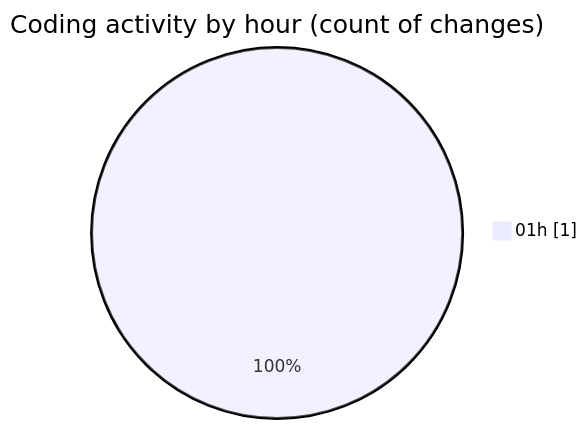
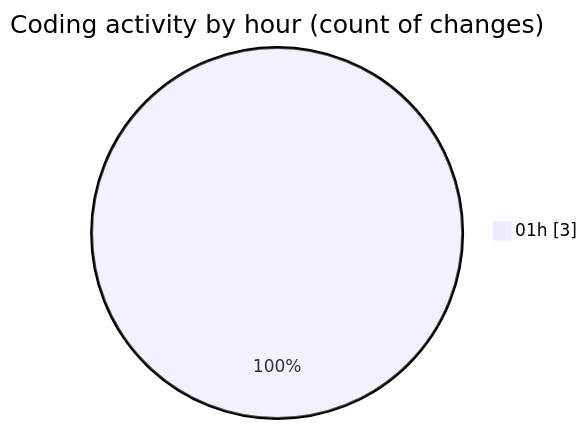
The second of 2 diagrams in 2026-07-08/shibass-ai/README.md (shibass792/code-tracking), drawn with Mermaid before and after one commit. The commit also changed other lines of this file and 1 other file, not shown here.

````diff
--- a/2026-07-08/shibass-ai/README.md
+++ b/2026-07-08/shibass-ai/README.md
@@ -28,5 +30,5 @@
 ```mermaid
 pie showData
 title Coding activity by hour (count of changes)
-"01h" : 1
+"01h" : 3
 ```
````
